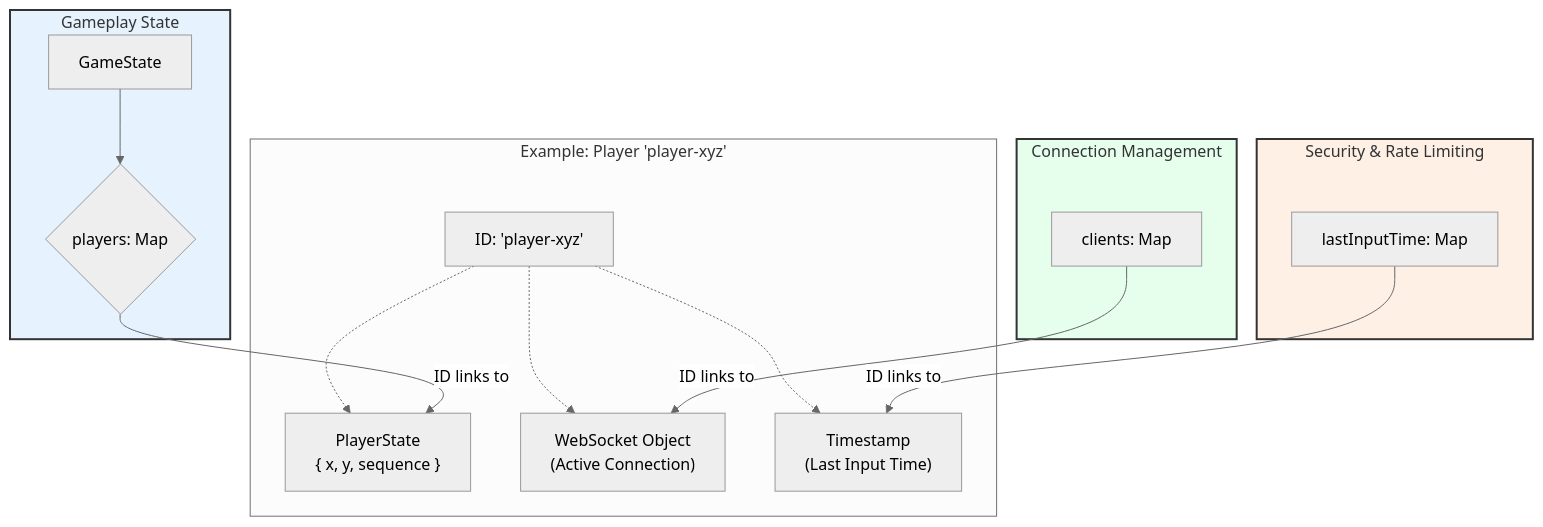
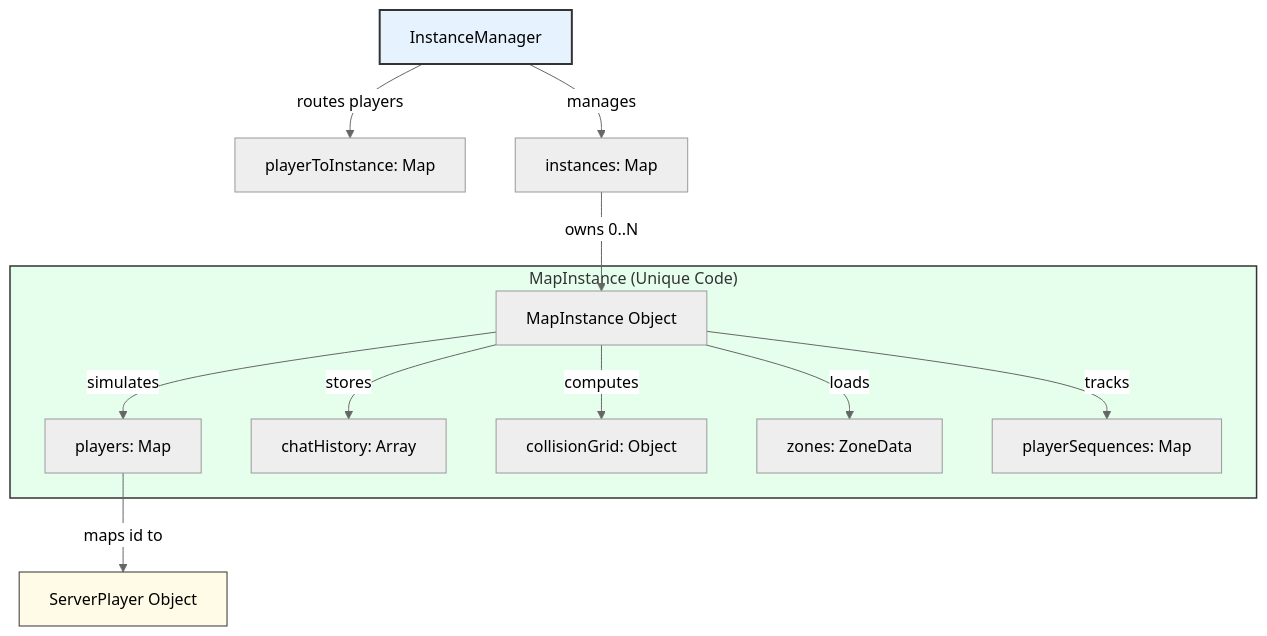
The diagram in haven/SERVER-DATA-AND-SCHEMA.md (Sahil-Singh23/HAVEN_Engine), drawn with Mermaid (neutral theme) before and after one commit. The commit also changed other lines of this file and 13 other files, not shown here.

````diff
--- a/haven/SERVER-DATA-AND-SCHEMA.md
+++ b/haven/SERVER-DATA-AND-SCHEMA.md
@@ -36,29 +11,20 @@
 ```mermaid
 graph TD
-    subgraph gameplay [Gameplay State]
-        A[GameState] --> B{players: Map};
+    IM[InstanceManager] -->|routes players| P2I_Map[playerToInstance: Map]
+    IM -->|manages| Inst_Map[instances: Map]
+    
+    subgraph MapInstance ["MapInstance (Unique Code)"]
+        MI[MapInstance Object] -->|simulates| Play_Map[players: Map]
+        MI -->|stores| Chat_Hist[chatHistory: Array]
+        MI -->|computes| Coll_Grid[collisionGrid: Object]
+        MI -->|loads| Zones_Arr[zones: ZoneData]
+        MI -->|tracks| Seq_Map[playerSequences: Map]
     end
 
-    subgraph connection [Connection Management]
-        C[clients: Map];
-    end
-    
-    subgraph security [Security & Rate Limiting]
-        D[lastInputTime: Map];
-    end
+    Inst_Map -->|owns 0..N| MI
+    Play_Map -->|maps id to| SP[ServerPlayer Object]
 
-    subgraph "Example: Player 'player-xyz'"
-        P_ID["ID: 'player-xyz'"] -.-> B_Entry["PlayerState<br/>{ x, y, sequence }"];
-        P_ID -.-> C_Entry["WebSocket Object<br/>(Active Connection)"];
-        P_ID -.-> D_Entry["Timestamp<br/>(Last Input Time)"];
-    end
-    
-    B --"ID links to"--> B_Entry;
-    C --"ID links to"--> C_Entry;
-    D --"ID links to"--> D_Entry;
-
-    style gameplay fill:#e6f3ff,stroke:#333,stroke-width:2px
-    style connection fill:#e6ffed,stroke:#333,stroke-width:2px
-    style security fill:#fff0e6,stroke:#333,stroke-width:2px
-
+    style IM fill:#e6f3ff,stroke:#333,stroke-width:2px
+    style MapInstance fill:#e6ffed,stroke:#333,stroke-width:1.5px
+    style SP fill:#fffbe6,stroke:#333,stroke-width:1px
 ```
````
